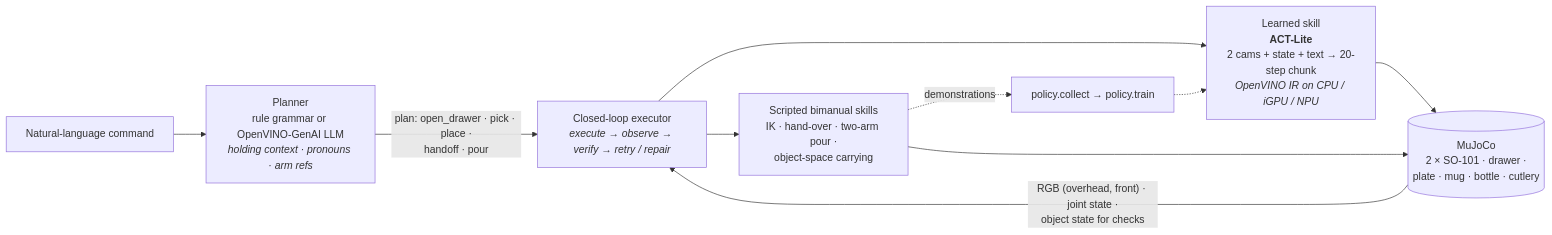
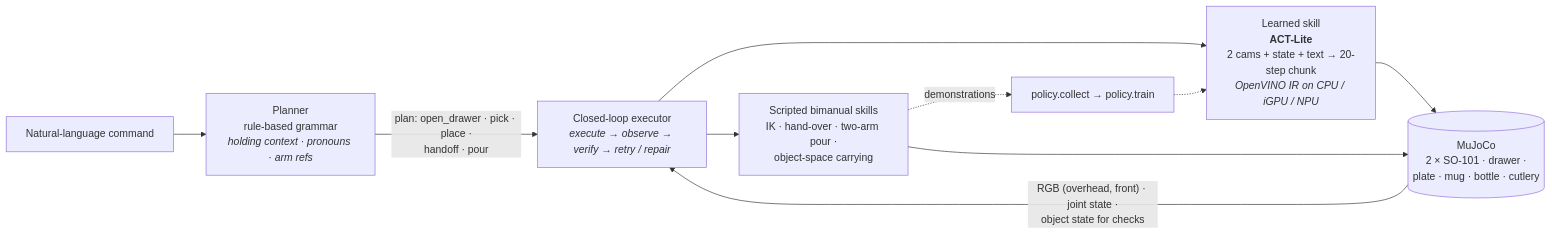
One commit to HUNT-001/bimanual-table-robot changed the diagram in README.md. Above: the diagram before and after it, drawn with Mermaid. The commit also changed other lines of this file, not shown here.

````diff
--- a/README.md
+++ b/README.md
@@ -103,11 +116,11 @@
 ```mermaid
 flowchart LR
-    NL["Natural-language command"] --> P["Planner<br/>rule grammar or OpenVINO-GenAI LLM<br/><i>holding context · pronouns · arm refs</i>"]
+    NL["Natural-language command"] --> P["Planner<br/>rule-based grammar<br/><i>holding context · pronouns · arm refs</i>"]
     P -->|"plan: open_drawer · pick · place ·<br/>handoff · pour"| X["Closed-loop executor<br/><i>execute → observe → verify → retry / repair</i>"]
     X --> L["Learned skill<br/><b>ACT-Lite</b><br/>2 cams + state + text → 20-step chunk<br/><i>OpenVINO IR on CPU / iGPU / NPU</i>"]
     X --> S["Scripted bimanual skills<br/>IK · hand-over · two-arm pour ·<br/>object-space carrying"]
     L --> M[("MuJoCo<br/>2 × SO-101 · drawer ·<br/>plate · mug · bottle · cutlery")]
     S --> M
     M -->|"RGB (overhead, front) · joint state ·<br/>object state for checks"| X
     S -. "demonstrations" .-> T["policy.collect → policy.train"] -.-> L
 ```
````
